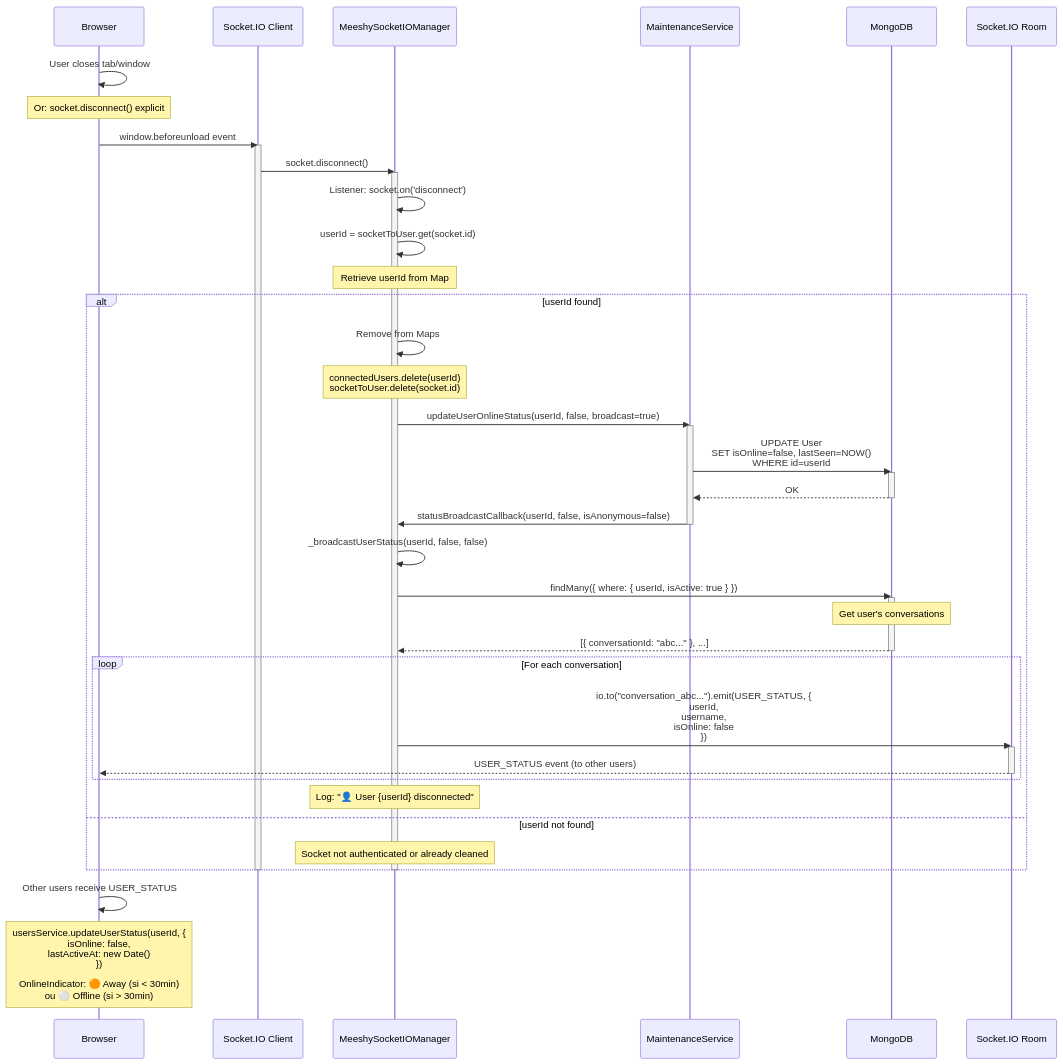
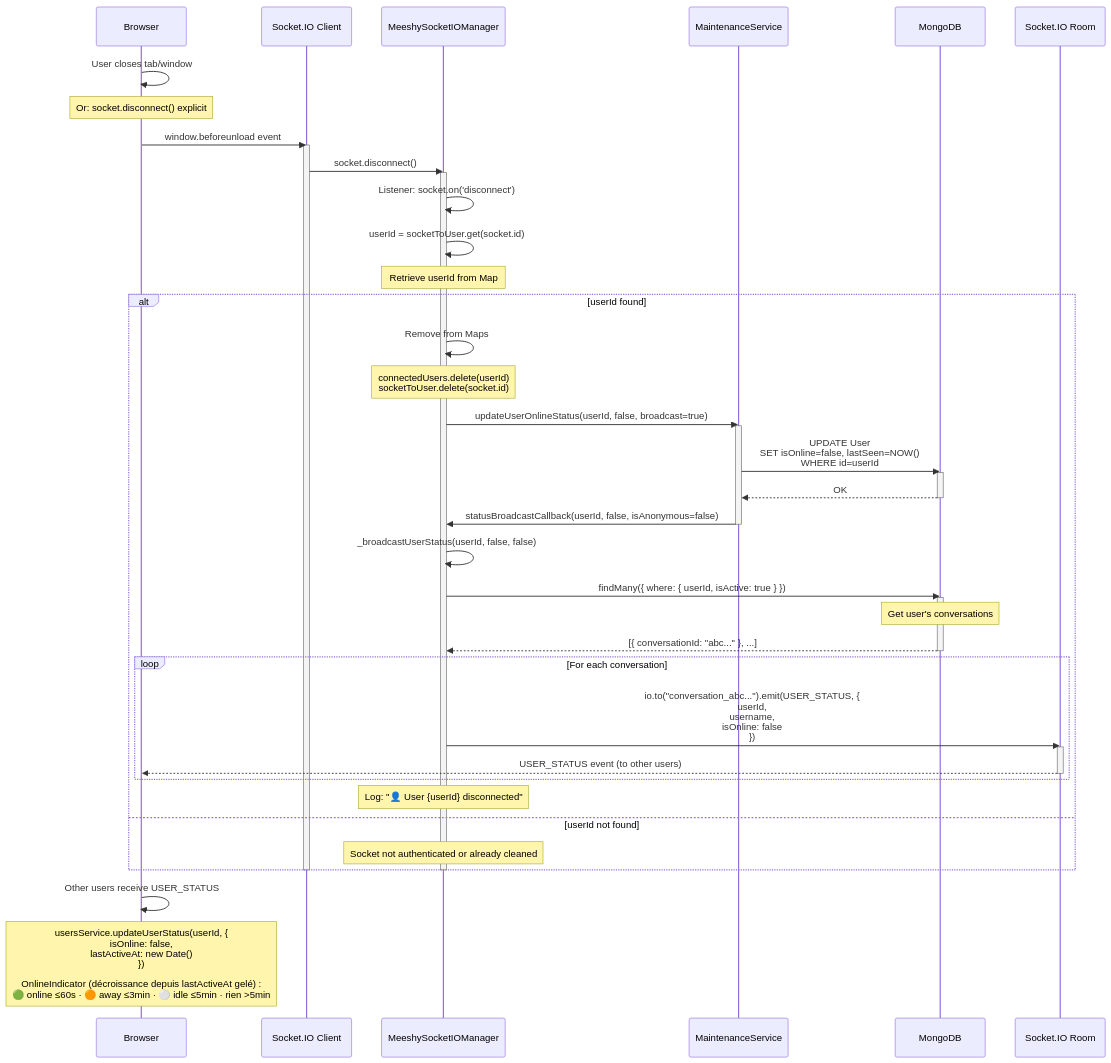
The fourth of 10 diagrams in apps/docs/ARCHITECTURE_REALTIME_STATUS_DIAGRAMS.md (isopen-io/meeshy), drawn with Mermaid before and after one commit. The commit also changed other lines of this file and 2 other files, not shown here.

````diff
--- a/apps/docs/ARCHITECTURE_REALTIME_STATUS_DIAGRAMS.md
+++ b/apps/docs/ARCHITECTURE_REALTIME_STATUS_DIAGRAMS.md
@@ -271,65 +271,65 @@
 ```mermaid
 sequenceDiagram
     participant Browser
     participant SocketIO as Socket.IO Client
     participant Gateway as MeeshySocketIOManager
     participant Maintenance as MaintenanceService
     participant DB as MongoDB
     participant Room as Socket.IO Room
 
     Browser->>Browser: User closes tab/window
     Note over Browser: Or: socket.disconnect() explicit
 
     Browser->>SocketIO: window.beforeunload event
     activate SocketIO
 
     SocketIO->>Gateway: socket.disconnect()
     activate Gateway
 
     Gateway->>Gateway: Listener: socket.on('disconnect')
 
     Gateway->>Gateway: userId = socketToUser.get(socket.id)
     Note over Gateway: Retrieve userId from Map
 
     alt userId found
         Gateway->>Gateway: Remove from Maps
         Note over Gateway: connectedUsers.delete(userId)<br/>socketToUser.delete(socket.id)
 
         Gateway->>Maintenance: updateUserOnlineStatus(userId, false, broadcast=true)
         activate Maintenance
 
         Maintenance->>DB: UPDATE User<br/>SET isOnline=false, lastSeen=NOW()<br/>WHERE id=userId
         activate DB
         DB-->>Maintenance: OK
         deactivate DB
 
         Maintenance->>Gateway: statusBroadcastCallback(userId, false, isAnonymous=false)
         deactivate Maintenance
 
         Gateway->>Gateway: _broadcastUserStatus(userId, false, false)
 
         Gateway->>DB: findMany({ where: { userId, isActive: true } })
         activate DB
         Note over DB: Get user's conversations
         DB-->>Gateway: [{ conversationId: "abc..." }, ...]
         deactivate DB
 
         loop For each conversation
             Gateway->>Room: io.to("conversation_abc...").emit(USER_STATUS, {<br/>  userId,<br/>  username,<br/>  isOnline: false<br/>})
             activate Room
             Room-->>Browser: USER_STATUS event (to other users)
             deactivate Room
         end
 
         Note over Gateway: Log: "👤 User {userId} disconnected"
 
     else userId not found
         Note over Gateway: Socket not authenticated or already cleaned
     end
 
     deactivate Gateway
     deactivate SocketIO
 
     Browser->>Browser: Other users receive USER_STATUS
-    Note over Browser: usersService.updateUserStatus(userId, {<br/>  isOnline: false,<br/>  lastActiveAt: new Date()<br/>})<br/><br/>OnlineIndicator: 🟠 Away (si < 30min)<br/>ou ⚪ Offline (si > 30min)
+    Note over Browser: usersService.updateUserStatus(userId, {<br/>  isOnline: false,<br/>  lastActiveAt: new Date()<br/>})<br/><br/>OnlineIndicator (décroissance depuis lastActiveAt gelé) :<br/>🟢 online ≤60s · 🟠 away ≤3min · ⚪ idle ≤5min · rien >5min
 ```
````
